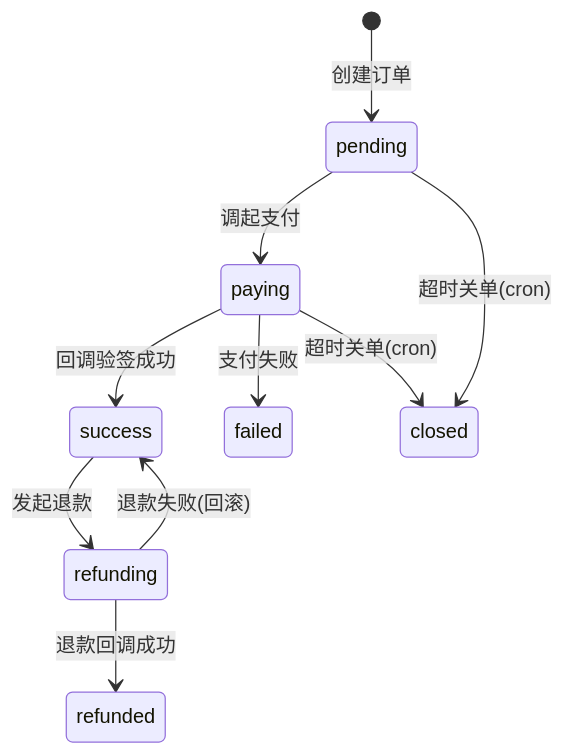
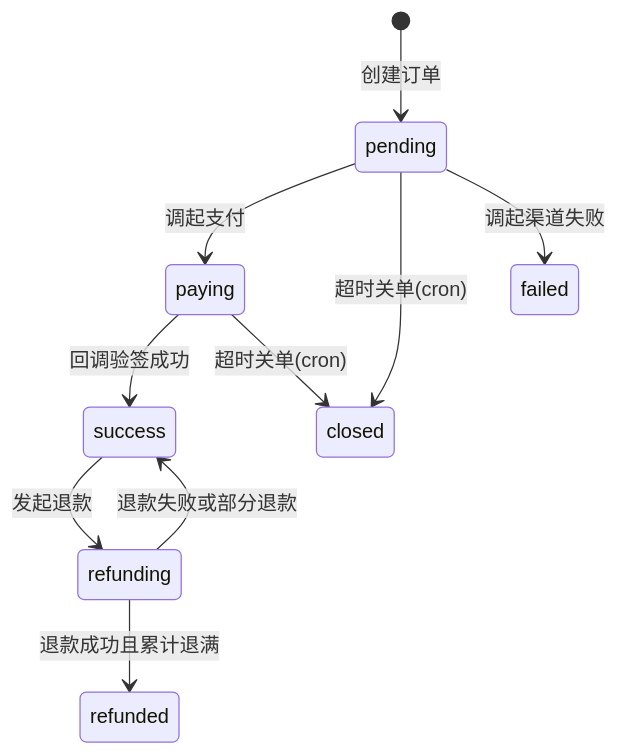
One commit to AI2Hub/zenith-admin changed the second of 2 diagrams in docs/backend/payment/index.md. Above: the diagram before and after it, drawn with Mermaid. The commit also changed other lines of this file and 42 other files, not shown here.

````diff
--- a/docs/backend/payment/index.md
+++ b/docs/backend/payment/index.md
@@ -91,12 +91,12 @@
 ```mermaid
 stateDiagram-v2
     [*] --> pending: 创建订单
     pending --> paying: 调起支付
     paying --> success: 回调验签成功
-    paying --> failed: 支付失败
     pending --> closed: 超时关单(cron)
     paying --> closed: 超时关单(cron)
+    pending --> failed: 调起渠道失败
     success --> refunding: 发起退款
-    refunding --> refunded: 退款回调成功
-    refunding --> success: 退款失败(回滚)
+    refunding --> refunded: 退款成功且累计退满
+    refunding --> success: 退款失败或部分退款
 ```
````
